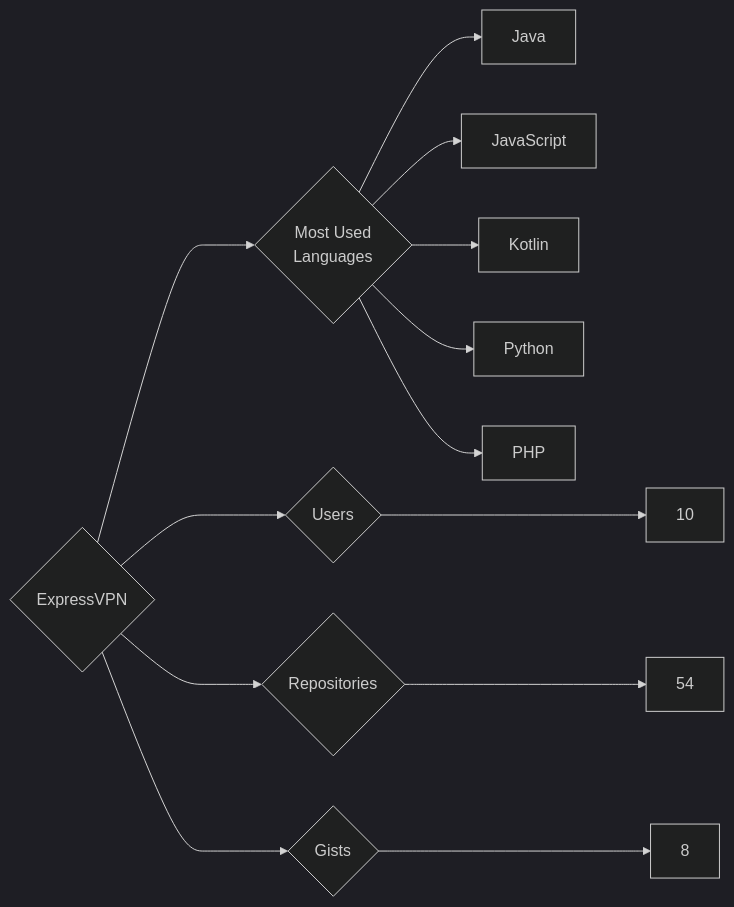
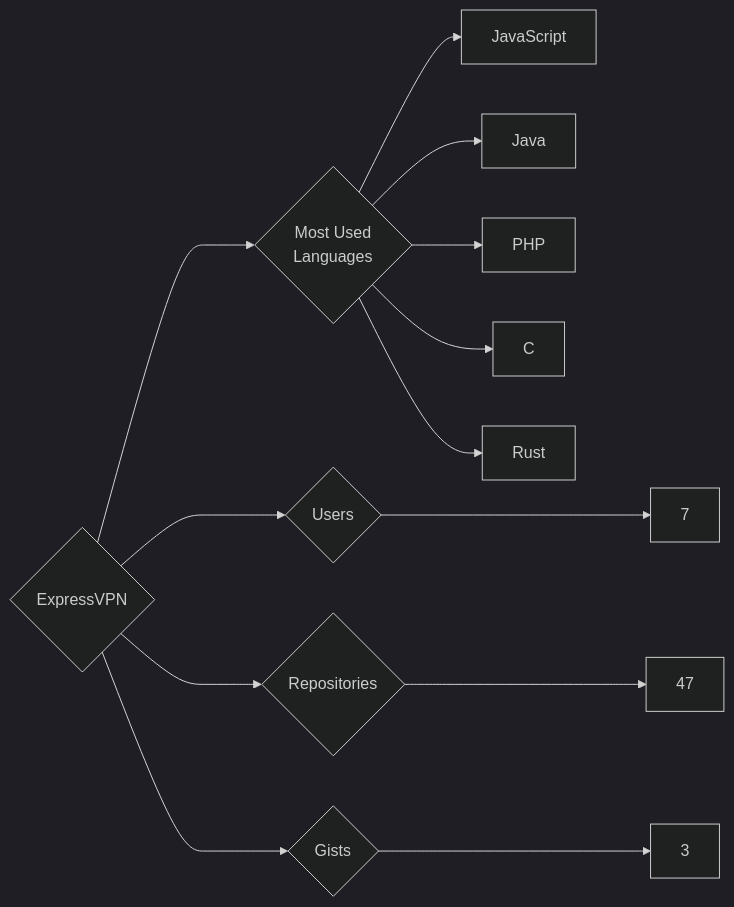
The diagram in targets/ExpressVPN/README.md (trickest/insiders), drawn with Mermaid (dark theme) before and after one commit. The commit also changed 847 other files, not shown here.

````diff
--- a/targets/ExpressVPN/README.md
+++ b/targets/ExpressVPN/README.md
@@ -3,13 +3,13 @@
 ```mermaid
 graph LR
 COMPANY_NAME{ExpressVPN}
-COMPANY_NAME ---> U{Users} ---> UN[10]
-COMPANY_NAME ---> R{Repositories} ---> RN[54]
-COMPANY_NAME ---> G{Gists} ---> GN[8]
+COMPANY_NAME ---> U{Users} ---> UN[7]
+COMPANY_NAME ---> R{Repositories} ---> RN[47]
+COMPANY_NAME ---> G{Gists} ---> GN[3]
 COMPANY_NAME ---> ML{Most Used<br>Languages}
+ML --> JavaScript[JavaScript]
 ML --> Java[Java]
-ML --> JavaScript[JavaScript]
-ML --> Kotlin[Kotlin]
-ML --> Python[Python]
 ML --> PHP[PHP]
+ML --> C[C]
+ML --> Rust[Rust]
 ```
````
